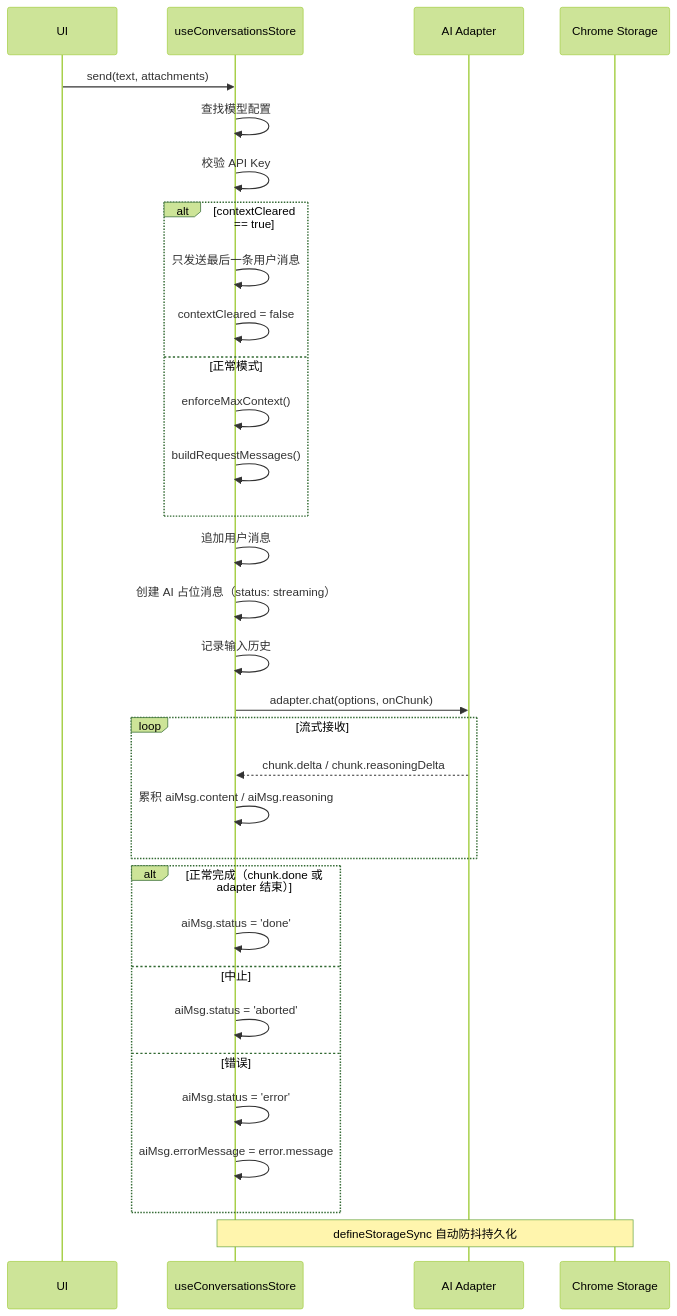
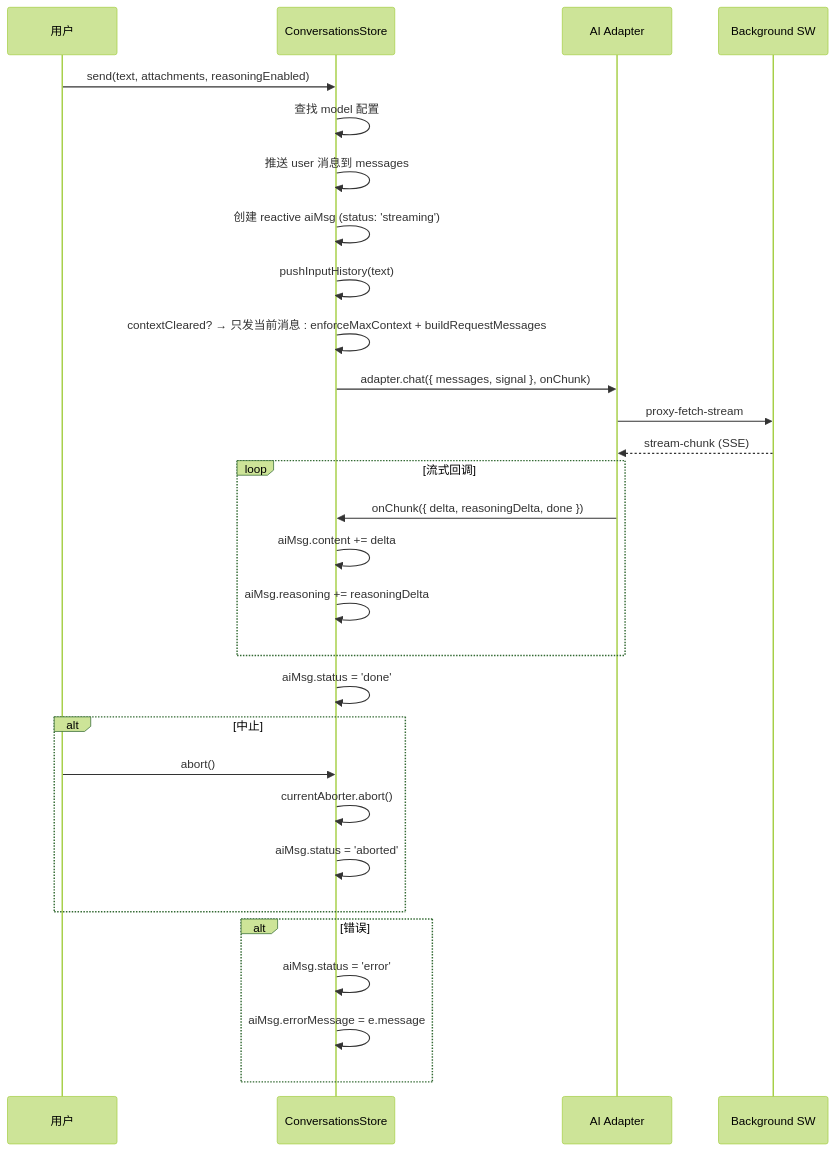
One commit to zw123zw/ai-browser changed the fifth of 7 diagrams in docs/architecture/state-management.md. Above: the diagram before and after it, drawn with Mermaid (forest theme). The commit also changed other lines of this file and 42 other files, not shown here.

````diff
--- a/docs/architecture/state-management.md
+++ b/docs/architecture/state-management.md
@@ -206,41 +307,37 @@
 ```mermaid
 sequenceDiagram
-    participant UI
-    participant Store as useConversationsStore
+    participant User as 用户
+    participant Store as ConversationsStore
     participant Adapter as AI Adapter
-    participant Storage as Chrome Storage
+    participant Background as Background SW
 
-    UI->>Store: send(text, attachments)
-    Store->>Store: 查找模型配置
-    Store->>Store: 校验 API Key
+    User->>Store: send(text, attachments, reasoningEnabled)
+    Store->>Store: 查找 model 配置
+    Store->>Store: 推送 user 消息到 messages
+    Store->>Store: 创建 reactive aiMsg (status: 'streaming')
+    Store->>Store: pushInputHistory(text)
+    Store->>Store: contextCleared? → 只发当前消息 : enforceMaxContext + buildRequestMessages
 
-    alt contextCleared == true
-        Store->>Store: 只发送最后一条用户消息
-        Store->>Store: contextCleared = false
-    else 正常模式
-        Store->>Store: enforceMaxContext()
-        Store->>Store: buildRequestMessages()
+    Store->>Adapter: adapter.chat({ messages, signal }, onChunk)
+    Adapter->>Background: proxy-fetch-stream
+    Background-->>Adapter: stream-chunk (SSE)
+
+    loop 流式回调
+        Adapter->>Store: onChunk({ delta, reasoningDelta, done })
+        Store->>Store: aiMsg.content += delta
+        Store->>Store: aiMsg.reasoning += reasoningDelta
     end
 
-    Store->>Store: 追加用户消息
-    Store->>Store: 创建 AI 占位消息（status: streaming）
-    Store->>Store: 记录输入历史
+    Store->>Store: aiMsg.status = 'done'
 
-    Store->>Adapter: adapter.chat(options, onChunk)
-
-    loop 流式接收
-        Adapter-->>Store: chunk.delta / chunk.reasoningDelta
-        Store->>Store: 累积 aiMsg.content / aiMsg.reasoning
+    alt 中止
+        User->>Store: abort()
+        Store->>Store: currentAborter.abort()
+        Store->>Store: aiMsg.status = 'aborted'
     end
 
-    alt 正常完成（chunk.done 或 adapter 结束）
-        Store->>Store: aiMsg.status = 'done'
-    else 中止
-        Store->>Store: aiMsg.status = 'aborted'
-    else 错误
+    alt 错误
         Store->>Store: aiMsg.status = 'error'
-        Store->>Store: aiMsg.errorMessage = error.message
+        Store->>Store: aiMsg.errorMessage = e.message
     end
-
-    Note over Store,Storage: defineStorageSync 自动防抖持久化
 ```
````
